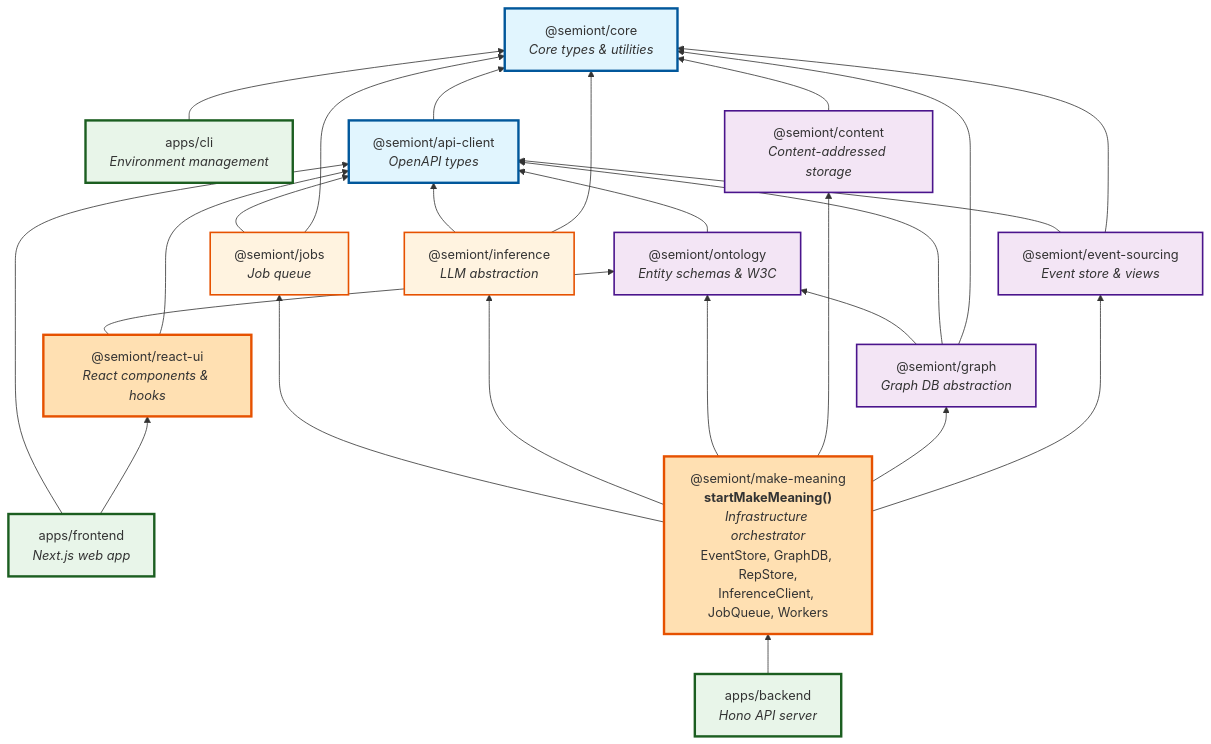
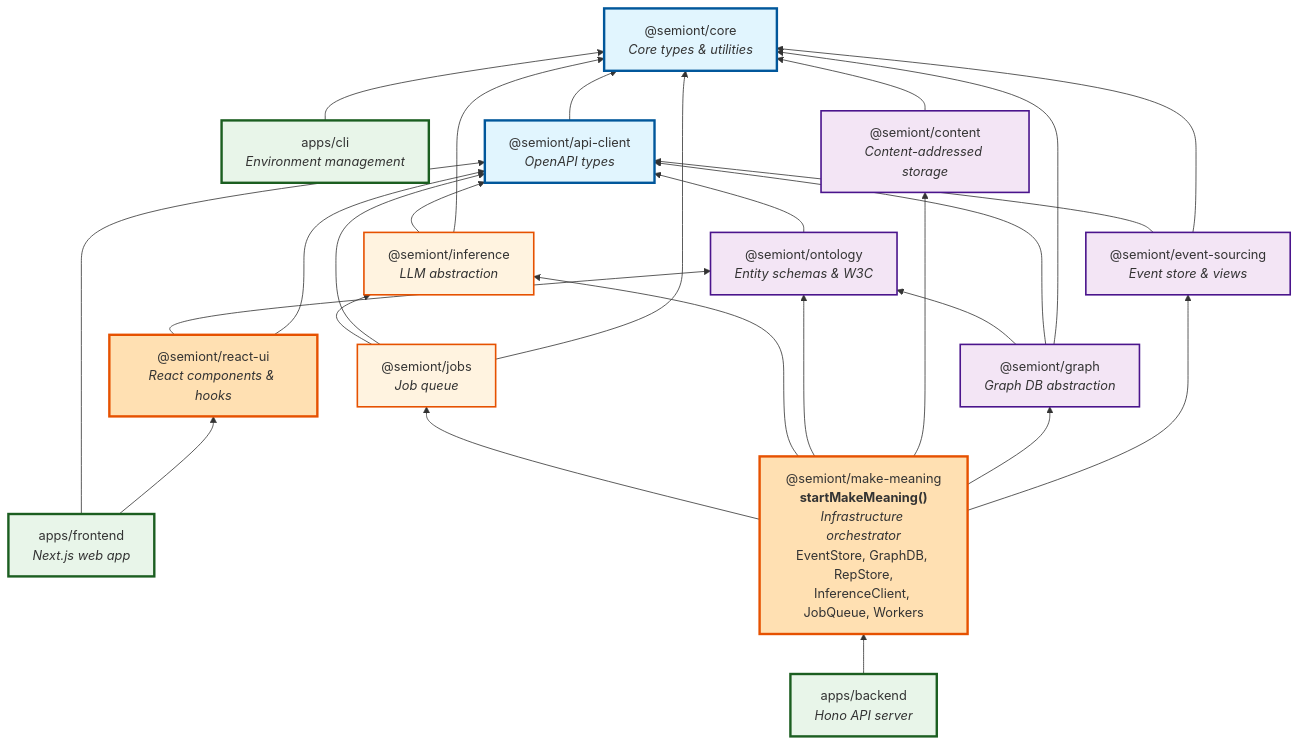
Before and after one commit to The-AI-Alliance/semiont: the diagram in packages/README.md, drawn with Mermaid. The commit also changed 14 other files, not shown here.

````diff
--- a/packages/README.md
+++ b/packages/README.md
@@ -11,72 +11,73 @@
 ```mermaid
 graph BT
     %% Layer 4: Application Consumers
     backend["apps/backend<br/><i>Hono API server</i>"]
     frontend["apps/frontend<br/><i>Next.js web app</i>"]
     cli["apps/cli<br/><i>Environment management</i>"]
 
     %% Layer 3: Application Logic
     meaning["@semiont/make-meaning<br/><b>startMakeMeaning()</b><br/><i>Infrastructure orchestrator</i><br/>EventStore, GraphDB, RepStore,<br/>InferenceClient, JobQueue, Workers"]
     react["@semiont/react-ui<br/><i>React components & hooks</i>"]
 
     %% Layer 2: AI & Infrastructure
     inference["@semiont/inference<br/><i>LLM abstraction</i>"]
     jobs["@semiont/jobs<br/><i>Job queue</i>"]
     graph_pkg["@semiont/graph<br/><i>Graph DB abstraction</i>"]
     event["@semiont/event-sourcing<br/><i>Event store & views</i>"]
     content["@semiont/content<br/><i>Content-addressed storage</i>"]
 
     %% Layer 1: Domain Primitives
     ontology["@semiont/ontology<br/><i>Entity schemas & W3C</i>"]
 
     %% Layer 0: Foundation
     api["@semiont/api-client<br/><i>OpenAPI types</i>"]
     core["@semiont/core<br/><i>Core types & utilities</i>"]
 
     %% Application dependencies
     backend --> meaning
     frontend --> react
     frontend --> api
     cli --> core
 
     %% Application logic dependencies
     meaning --> event
     meaning --> graph_pkg
     meaning --> content
     meaning --> ontology
     meaning --> inference
     meaning --> jobs
     react --> api
     react --> ontology
 
     %% Infrastructure dependencies
     inference --> core
     inference --> api
     jobs --> core
     jobs --> api
+    jobs --> inference
     graph_pkg --> core
     graph_pkg --> api
     graph_pkg --> ontology
     event --> core
     event --> api
     content --> core
 
     %% Domain dependencies
     ontology --> api
 
     %% Foundation dependencies
     api --> core
 
     %% Styling by layer
     classDef layer0 fill:#e1f5fe,stroke:#01579b,stroke-width:3px
     classDef layer1 fill:#f3e5f5,stroke:#4a148c,stroke-width:2px
     classDef layer2 fill:#fff3e0,stroke:#e65100,stroke-width:2px
     classDef layer3 fill:#ffe0b2,stroke:#e65100,stroke-width:3px
     classDef layer4 fill:#e8f5e9,stroke:#1b5e20,stroke-width:3px
 
     class core,api layer0
     class ontology,content,event,graph_pkg layer1
     class inference,jobs layer2
     class meaning,react layer3
     class backend,frontend,cli layer4
 ```
````
